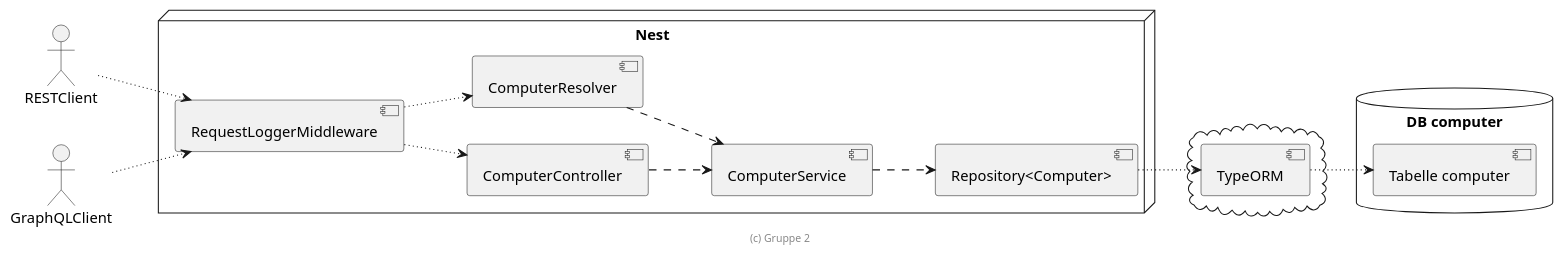
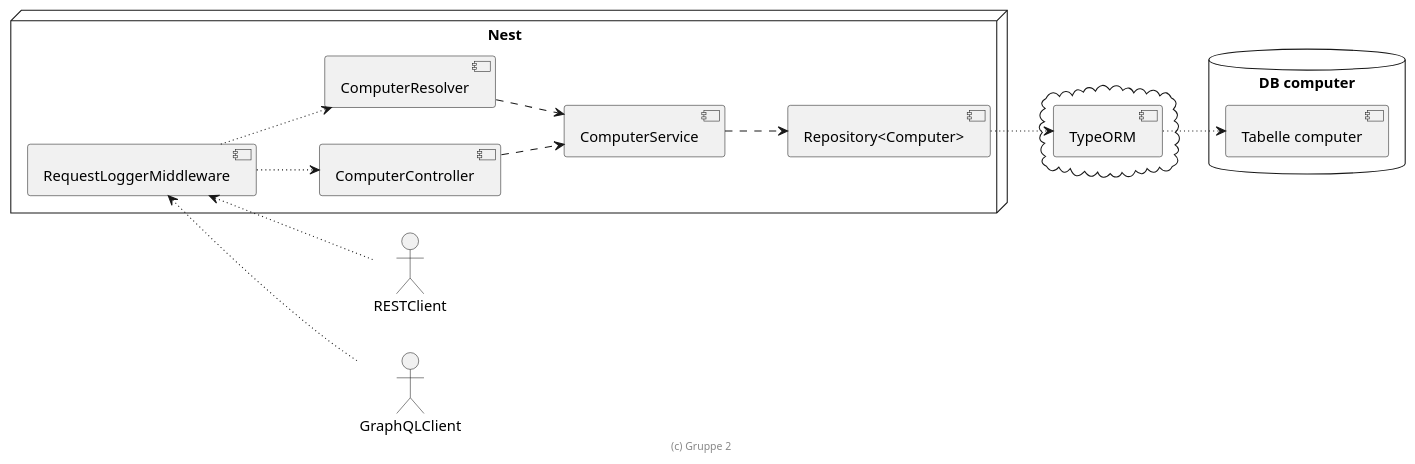
One commit to Wichlee/computer changed the diagram in extras/doc/entwicklerhandbuch/komponenten.plantuml. Above: the diagram before and after it, drawn with PlantUML.

Commit message:
prettier

```diff
--- a/extras/doc/entwicklerhandbuch/komponenten.plantuml
+++ b/extras/doc/entwicklerhandbuch/komponenten.plantuml
@@ -18,43 +18,43 @@
 @startuml Komponenten
 
 left to right direction
 
 actor RESTClient
 actor GraphQLClient
 
 node "Nest" {
   [RequestLoggerMiddleware]
 
   [ComputerController]
   [ComputerResolver]
 
   [ComputerService]
 
   [Repository<Computer>]
 }
 
 
 cloud {
     [TypeORM]
 }
 
 database "DB computer" {
     [Tabelle computer]
 }
 
-RESTClient ~~> [RequestLoggerMiddleware]
-GraphQLClient ~~> [RequestLoggerMiddleware]
+RESTClient ~up~> [RequestLoggerMiddleware]
+GraphQLClient ~up~> [RequestLoggerMiddleware]
 
 [RequestLoggerMiddleware] ~~> [ComputerController]
 [RequestLoggerMiddleware] ~~> [ComputerResolver]
 
 [ComputerController] ..> [ComputerService]
 [ComputerResolver] ..> [ComputerService]
 [ComputerService] ..> [Repository<Computer>]
 
 [Repository<Computer>] ~~> [TypeORM]
 [TypeORM] ~~> [Tabelle computer]
 
 footer (c) Gruppe 2
 
 @enduml
```
